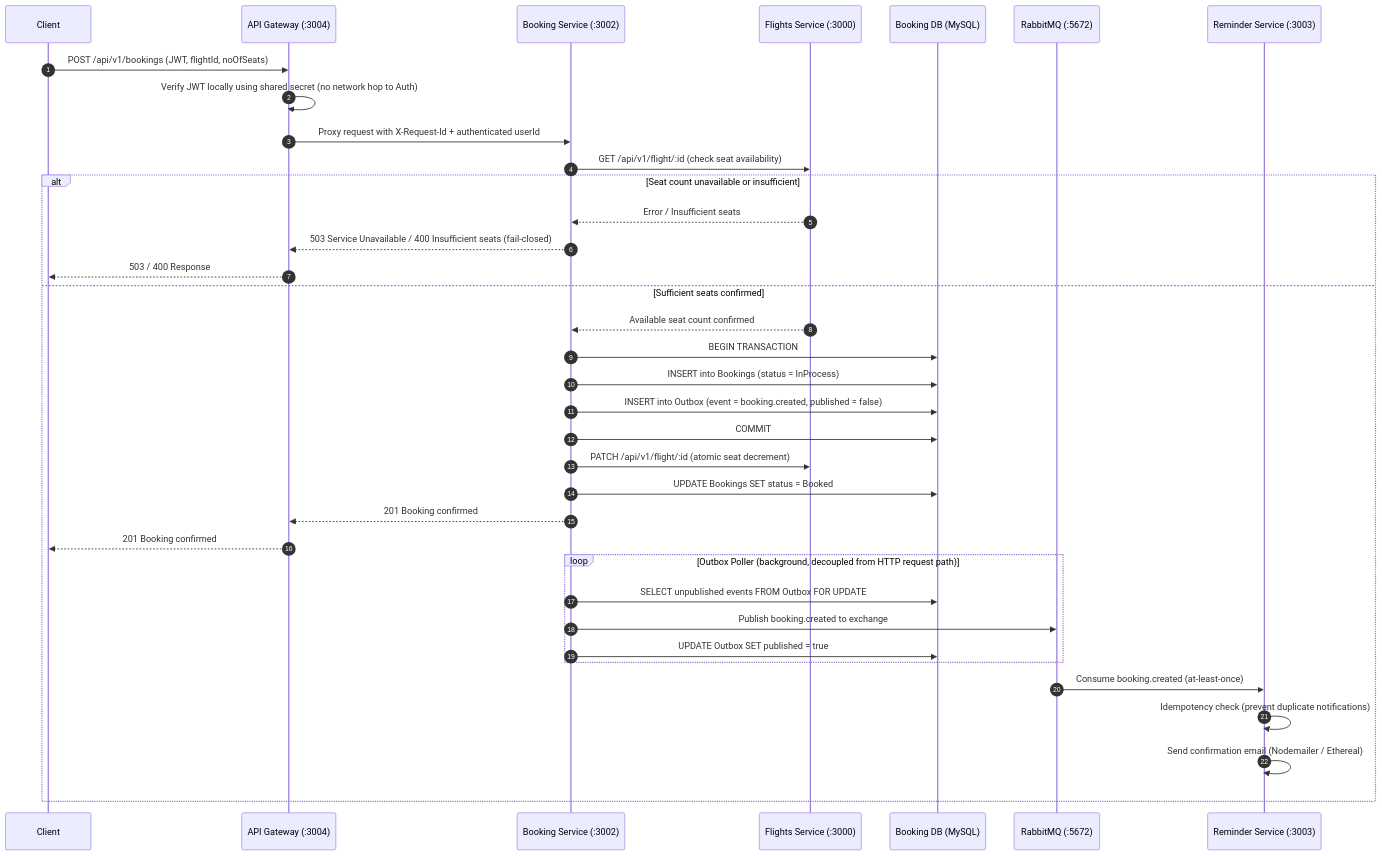
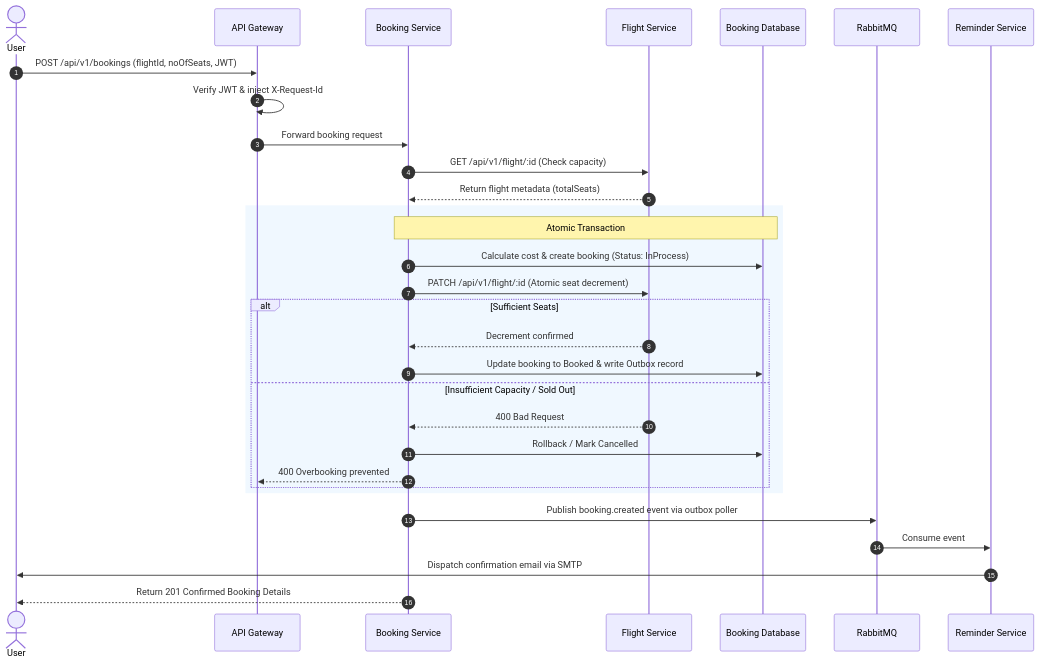
One commit to Rohit-hub-coder/airline-management-system changed the second of 2 diagrams in README.md. Above: the diagram before and after it, drawn with Mermaid. The commit also changed other lines of this file and 4 other files, not shown here.

````diff
--- a/README.md
+++ b/README.md
@@ -105,41 +109,36 @@
 ```mermaid
 sequenceDiagram
     autonumber
-    participant C as Client
-    participant GW as API Gateway (:3004)
-    participant B as Booking Service (:3002)
-    participant F as Flights Service (:3000)
-    participant DB as Booking DB (MySQL)
-    participant MQ as RabbitMQ (:5672)
-    participant R as Reminder Service (:3003)
+    actor User
+    participant GW as API Gateway
+    participant Booking as Booking Service
+    participant Flights as Flight Service
+    participant DB as Booking Database
+    participant MQ as RabbitMQ
+    participant Reminder as Reminder Service
 
-    C->>GW: POST /api/v1/bookings (JWT, flightId, noOfSeats)
-    GW->>GW: Verify JWT locally using shared secret (no network hop to Auth)
-    GW->>B: Proxy request with X-Request-Id + authenticated userId
-    B->>F: GET /api/v1/flight/:id (check seat availability)
-    alt Seat count unavailable or insufficient
-        F-->>B: Error / Insufficient seats
-        B-->>GW: 503 Service Unavailable / 400 Insufficient seats (fail-closed)
-        GW-->>C: 503 / 400 Response
-    else Sufficient seats confirmed
-        F-->>B: Available seat count confirmed
-        B->>DB: BEGIN TRANSACTION
-        B->>DB: INSERT into Bookings (status = InProcess)
-        B->>DB: INSERT into Outbox (event = booking.created, published = false)
-        B->>DB: COMMIT
-        B->>F: PATCH /api/v1/flight/:id (atomic seat decrement)
-        B->>DB: UPDATE Bookings SET status = Booked
-        B-->>GW: 201 Booking confirmed
-        GW-->>C: 201 Booking confirmed
+    User->>GW: POST /api/v1/bookings (flightId, noOfSeats, JWT)
+    GW->>GW: Verify JWT & inject X-Request-Id
+    GW->>Booking: Forward booking request
+    Booking->>Flights: GET /api/v1/flight/:id (Check capacity)
+    Flights-->>Booking: Return flight metadata (totalSeats)
+    
+    rect rgb(240, 248, 255)
+        Note over Booking,DB: Atomic Transaction
+        Booking->>DB: Calculate cost & create booking (Status: InProcess)
+        Booking->>Flights: PATCH /api/v1/flight/:id (Atomic seat decrement)
+        alt Sufficient Seats
+            Flights-->>Booking: Decrement confirmed
+            Booking->>DB: Update booking to Booked & write Outbox record
+        else Insufficient Capacity / Sold Out
+            Flights-->>Booking: 400 Bad Request
+            Booking->>DB: Rollback / Mark Cancelled
+            Booking-->>GW: 400 Overbooking prevented
+        end
+    end
 
-        loop Outbox Poller (background, decoupled from HTTP request path)
-            B->>DB: SELECT unpublished events FROM Outbox FOR UPDATE
-            B->>MQ: Publish booking.created to exchange
-            B->>DB: UPDATE Outbox SET published = true
-        end
-
-        MQ->>R: Consume booking.created (at-least-once)
-        R->>R: Idempotency check (prevent duplicate notifications)
-        R->>R: Send confirmation email (Nodemailer / Ethereal)
-    end
+    Booking->>MQ: Publish booking.created event via outbox poller
+    MQ->>Reminder: Consume event
+    Reminder->>User: Dispatch confirmation email via SMTP
+    Booking-->>User: Return 201 Confirmed Booking Details
 ```
````
